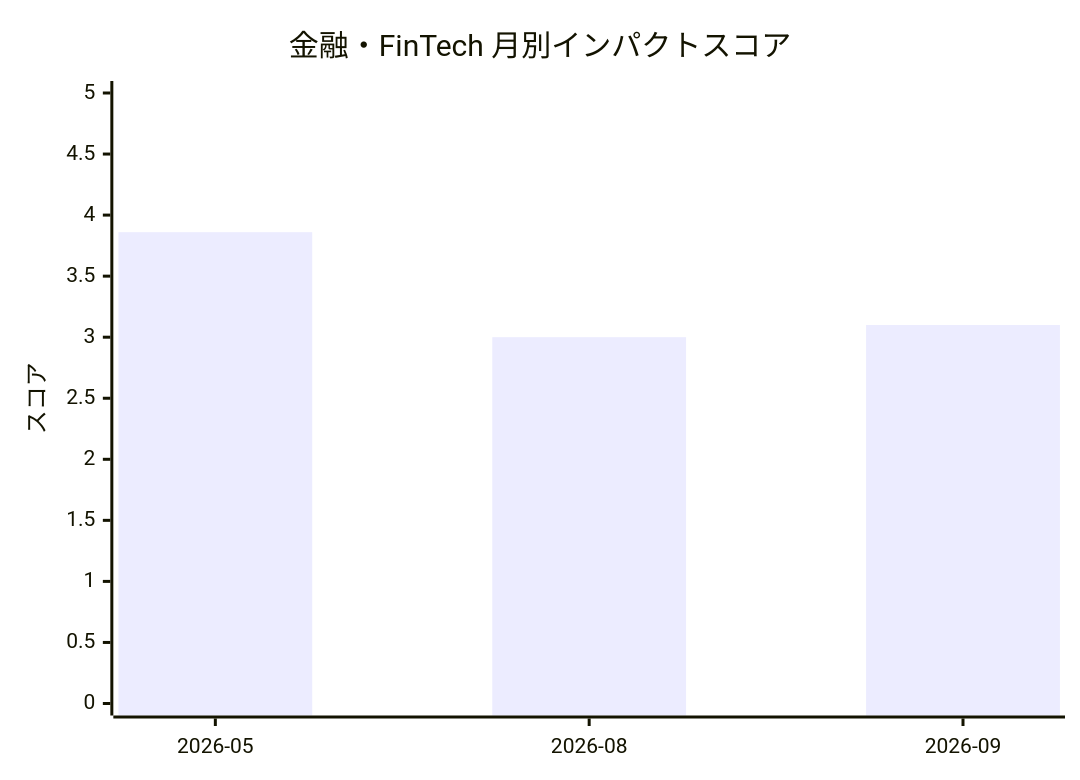
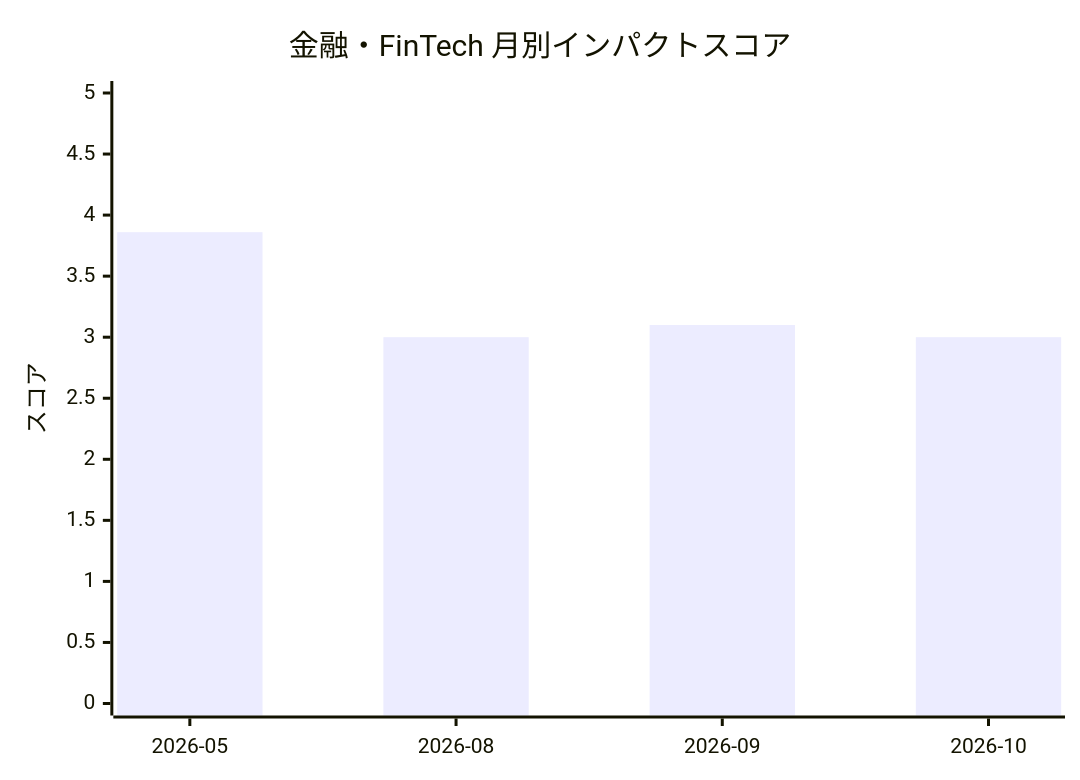
One commit to devaise-support/ai-research changed the diagram in knowledge/industry-impact/finance.md. Above: the diagram before and after it, drawn with Mermaid. The commit also changed other lines of this file and 14 other files, not shown here.

````diff
--- a/knowledge/industry-impact/finance.md
+++ b/knowledge/industry-impact/finance.md
@@ -7,7 +7,7 @@
 ```mermaid
 xychart-beta
   title "金融・FinTech 月別インパクトスコア"
-  x-axis [2026-05, 2026-08, 2026-09]
+  x-axis [2026-05, 2026-08, 2026-09, 2026-10]
   y-axis "スコア" 0 --> 5
-  bar [3.86, 3.0, 3.1]
+  bar [3.86, 3.0, 3.1, 3.0]
 ```
````
